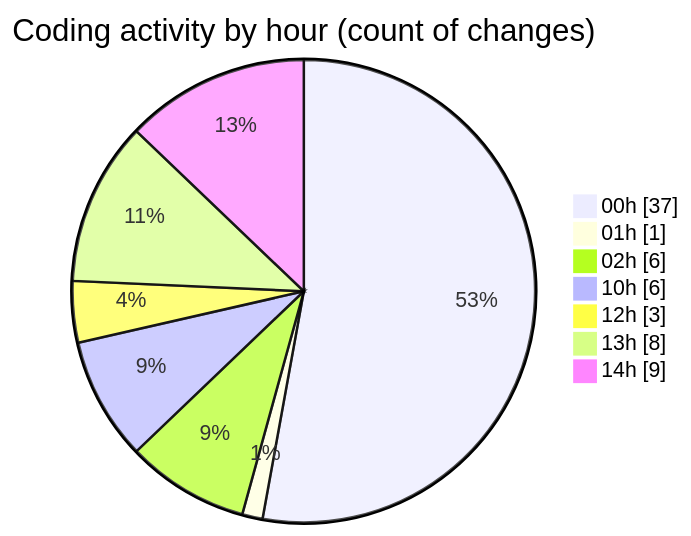
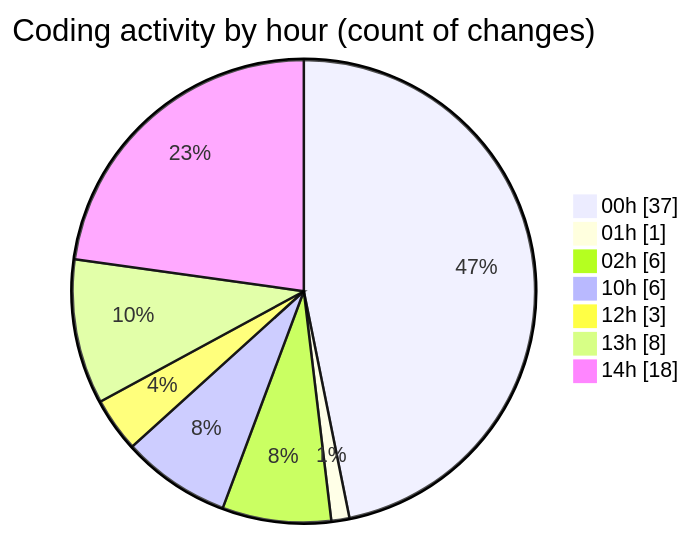
The second of 2 diagrams in 2025-11-20/eventscop-frontend-guide__workspace_/README.md (julien-gomy/code-tracking), drawn with Mermaid before and after one commit. The commit also changed other lines of this file and 1 other file, not shown here.

````diff
--- a/2025-11-20/eventscop-frontend-guide__workspace_/README.md
+++ b/2025-11-20/eventscop-frontend-guide__workspace_/README.md
@@ -50,11 +50,11 @@
 ```mermaid
 pie showData
 title Coding activity by hour (count of changes)
 "00h" : 37
 "01h" : 1
 "02h" : 6
 "10h" : 6
 "12h" : 3
 "13h" : 8
-"14h" : 9
+"14h" : 18
 ```
````
